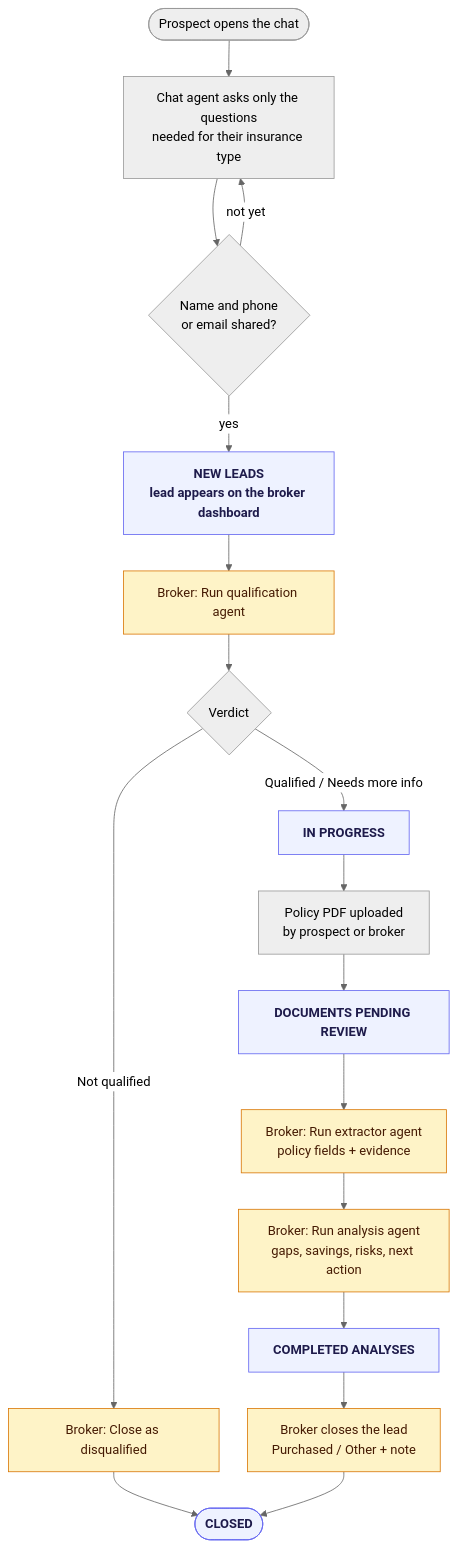
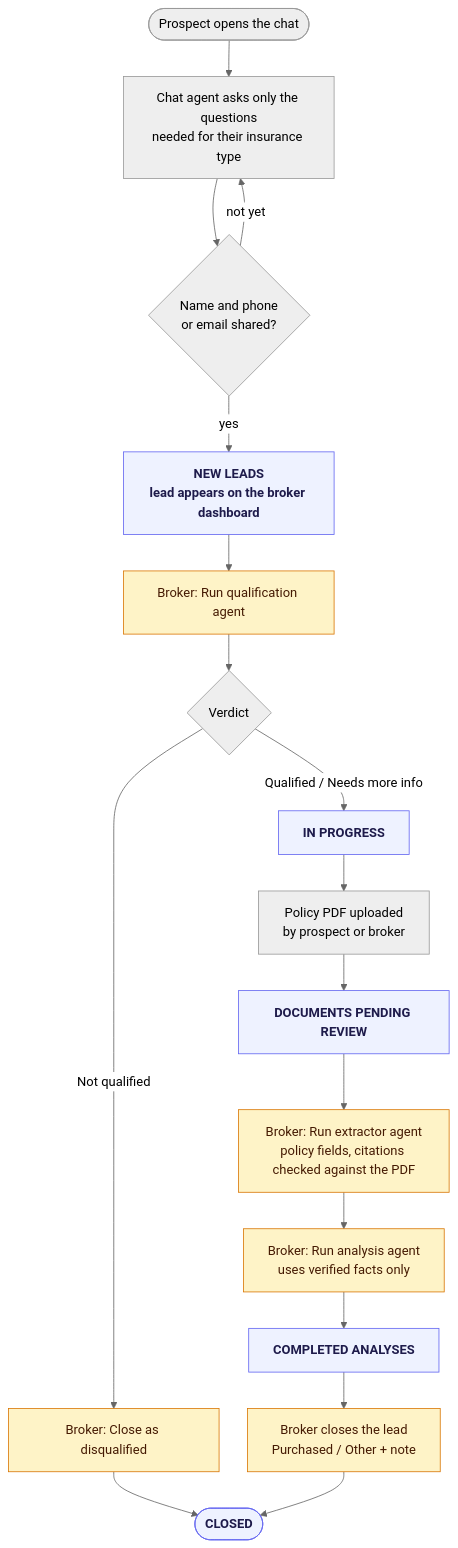
The diagram in docs/diagrams/lead_journey.mmd (pradumn203/securelife-ai), drawn with Mermaid before and after one commit. The commit also changed 29 other files, not shown here.

First line of the commit message:
Verify document citations and ground analysis advice in code

```diff
--- a/docs/diagrams/lead_journey.mmd
+++ b/docs/diagrams/lead_journey.mmd
@@ -1,26 +1,26 @@
 %%{init: {'theme':'neutral', 'flowchart': {'curve': 'basis', 'nodeSpacing': 35, 'rankSpacing': 45}}}%%
 flowchart TD
   A(["Prospect opens the chat"]) --> B["Chat agent asks only the questions<br/>needed for their insurance type"]
   B --> C{"Name and phone<br/>or email shared?"}
   C -- "not yet" --> B
   C -- "yes" --> D["NEW LEADS<br/>lead appears on the broker dashboard"]
 
   D --> E["Broker: Run qualification agent"]
   E --> F{"Verdict"}
   F -- "Not qualified" --> X["Broker: Close as disqualified"]
   F -- "Qualified / Needs more info" --> G["IN PROGRESS"]
 
   G --> H["Policy PDF uploaded<br/>by prospect or broker"]
   H --> I["DOCUMENTS PENDING REVIEW"]
-  I --> J["Broker: Run extractor agent<br/>policy fields + evidence"]
-  J --> K["Broker: Run analysis agent<br/>gaps, savings, risks, next action"]
+  I --> J["Broker: Run extractor agent<br/>policy fields, citations checked against the PDF"]
+  J --> K["Broker: Run analysis agent<br/>uses verified facts only"]
   K --> L["COMPLETED ANALYSES"]
   L --> M["Broker closes the lead<br/>Purchased / Other + note"]
 
   X --> Z(["CLOSED"])
   M --> Z
 
   classDef stage fill:#eef2ff,stroke:#6366f1,color:#1e1b4b,font-weight:bold
   classDef action fill:#fef3c7,stroke:#d97706,color:#451a03
   class D,G,I,L,Z stage
   class E,J,K,X,M action
```
